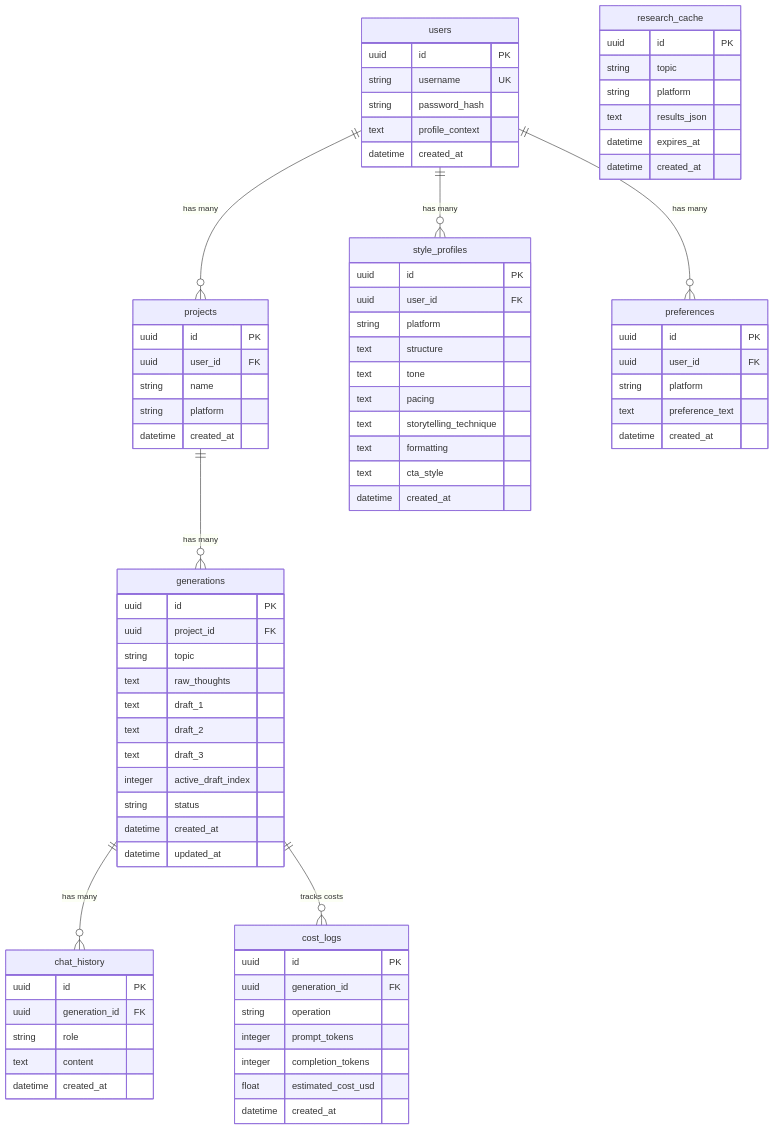
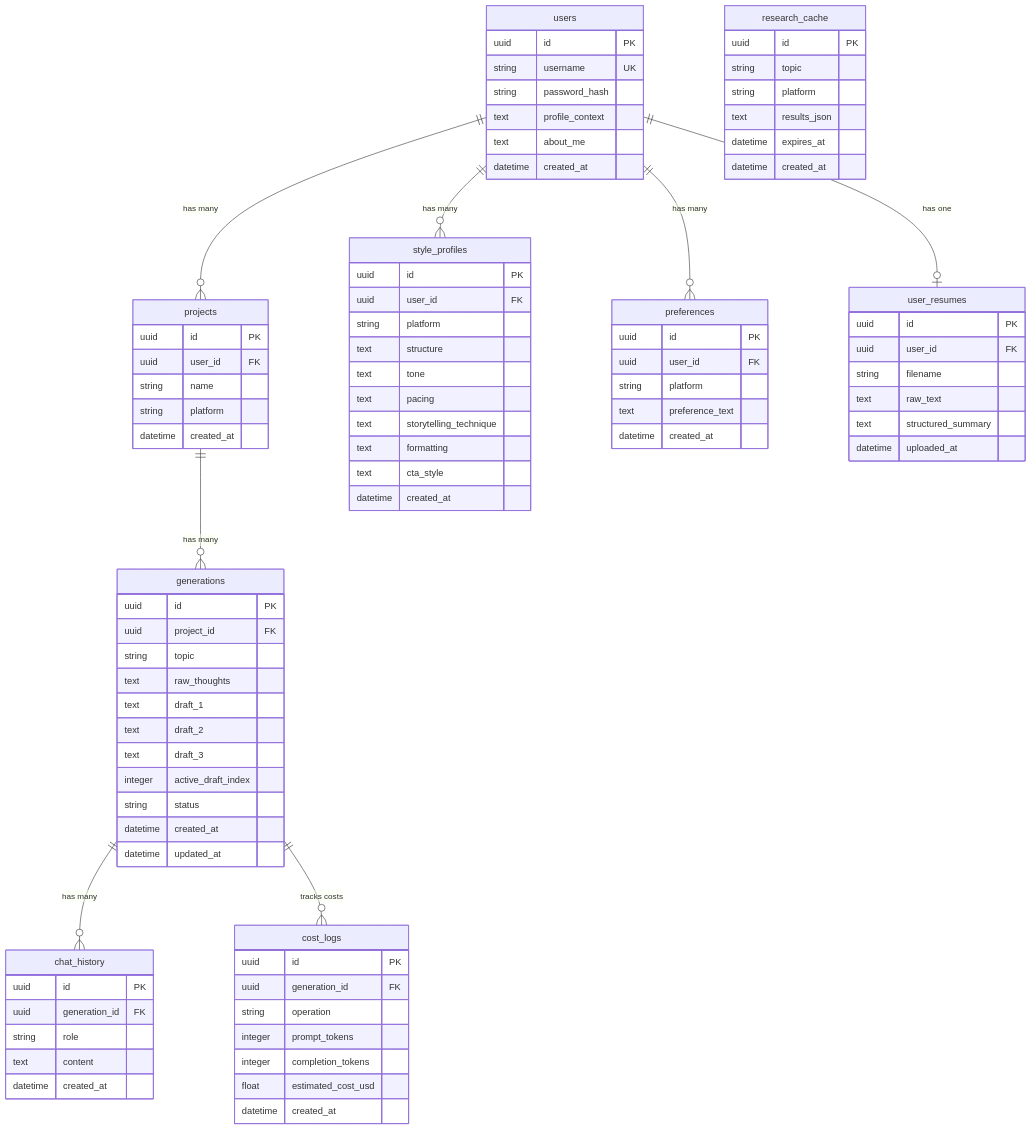
The fifth of 5 diagrams in PostCraft_AI_Complete_Documentation.md (xShikhar/PostCraft-AI), drawn with Mermaid before and after one commit. The commit also changed other lines of this file and 58 other files, not shown here.

```diff
--- a/PostCraft_AI_Complete_Documentation.md
+++ b/PostCraft_AI_Complete_Documentation.md
@@ -284,6 +331,7 @@
     users ||--o{ projects : "has many"
     users ||--o{ style_profiles : "has many"
     users ||--o{ preferences : "has many"
+    users ||--o| user_resumes : "has one"
     projects ||--o{ generations : "has many"
     generations ||--o{ chat_history : "has many"
     generations ||--o{ cost_logs : "tracks costs"
@@ -293,6 +341,7 @@
         string username UK
         string password_hash
         text profile_context
+        text about_me
         datetime created_at
     }
 
@@ -347,6 +396,15 @@
         datetime created_at
     }
 
+    user_resumes {
+        uuid id PK
+        uuid user_id FK
+        string filename
+        text raw_text
+        text structured_summary
+        datetime uploaded_at
+    }
+
     research_cache {
         uuid id PK
         string topic
```
